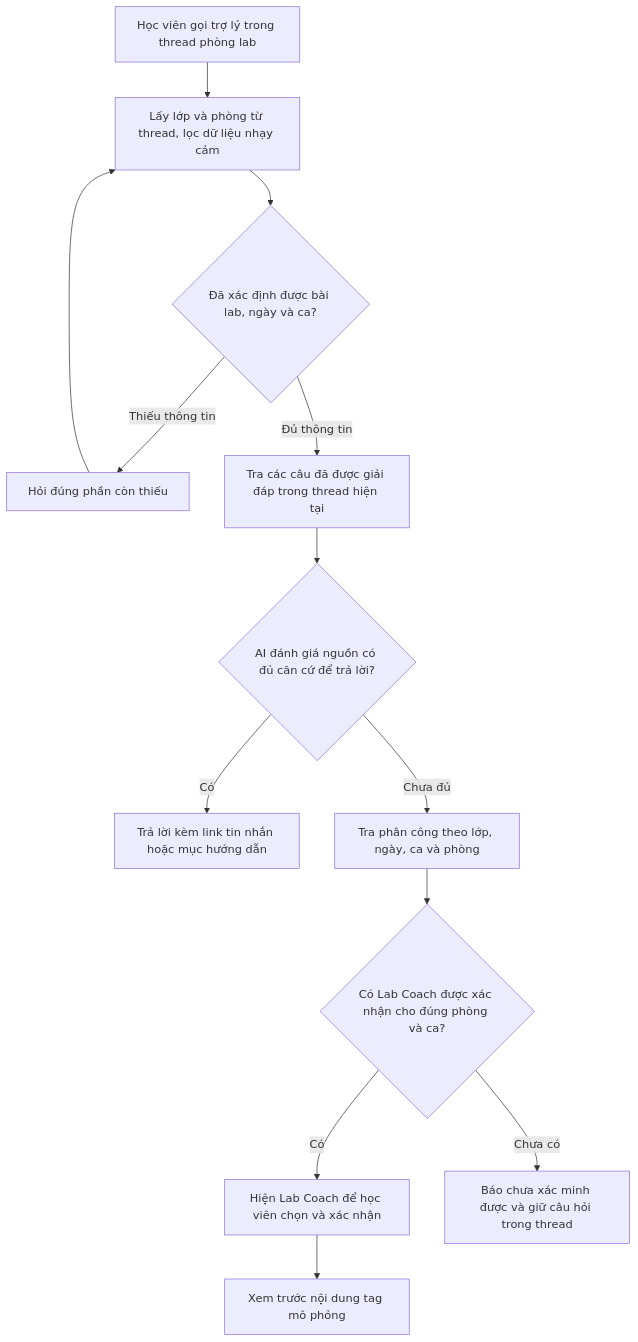
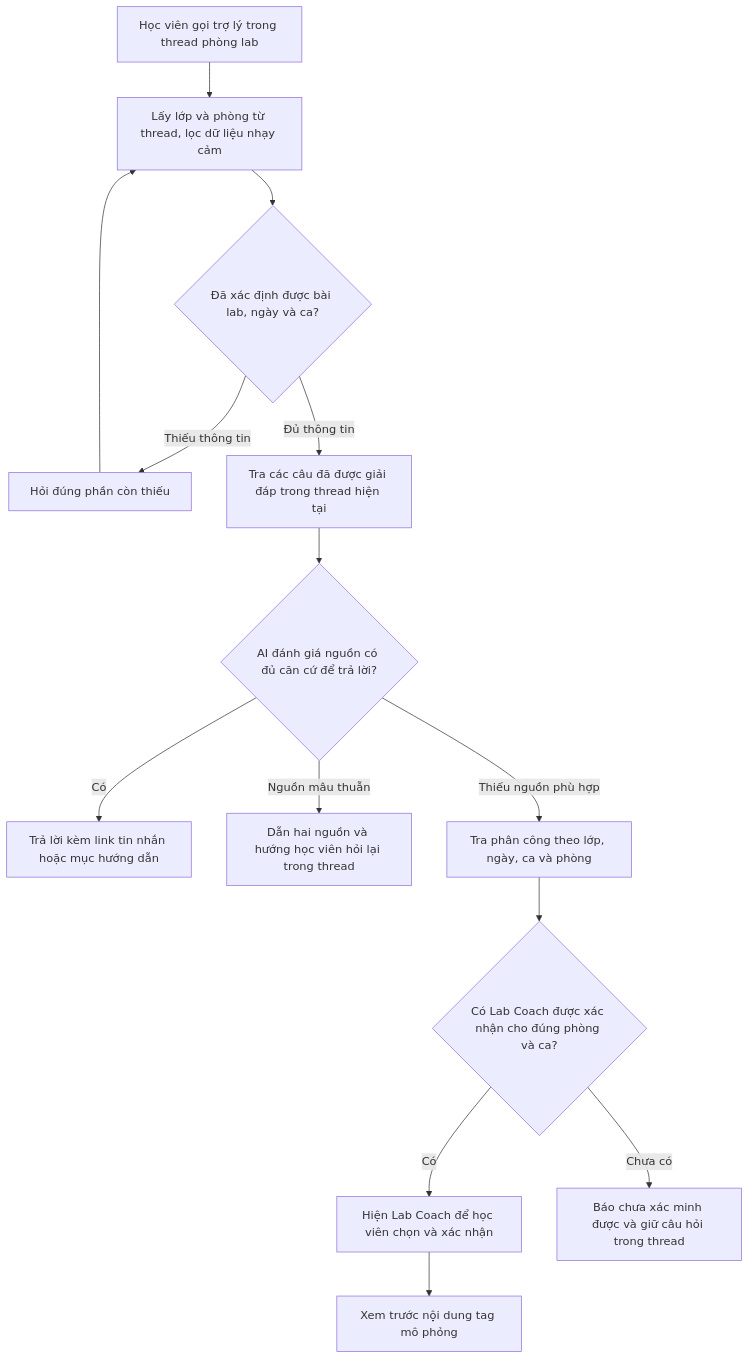
The diagram in spec.md (duyanhtran2005/K5-Day15-L3A-MergeConflict), drawn with Mermaid before and after one commit. The commit also changed other lines of this file and 4 other files, not shown here.

````diff
--- a/spec.md
+++ b/spec.md
@@ -46,15 +46,16 @@
   ```mermaid
   flowchart TD
       A["Học viên gọi trợ lý trong thread phòng lab"] --> B["Lấy lớp và phòng từ thread, lọc dữ liệu nhạy cảm"]
       B --> C{"Đã xác định được bài lab, ngày và ca?"}
       C -->|Thiếu thông tin| D["Hỏi đúng phần còn thiếu"]
       D --> B
       C -->|Đủ thông tin| E["Tra các câu đã được giải đáp trong thread hiện tại"]
       E --> F{"AI đánh giá nguồn có đủ căn cứ để trả lời?"}
       F -->|Có| G["Trả lời kèm link tin nhắn hoặc mục hướng dẫn"]
-      F -->|Chưa đủ| H["Tra phân công theo lớp, ngày, ca và phòng"]
+      F -->|Nguồn mâu thuẫn| P["Dẫn hai nguồn và hướng học viên hỏi lại trong thread"]
+      F -->|Thiếu nguồn phù hợp| H["Tra phân công theo lớp, ngày, ca và phòng"]
       H --> I{"Có Lab Coach được xác nhận cho đúng phòng và ca?"}
       I -->|Có| J["Hiện Lab Coach để học viên chọn và xác nhận"]
       I -->|Chưa có| K["Báo chưa xác minh được và giữ câu hỏi trong thread"]
       J --> L["Xem trước nội dung tag mô phỏng"]
   ```
````
